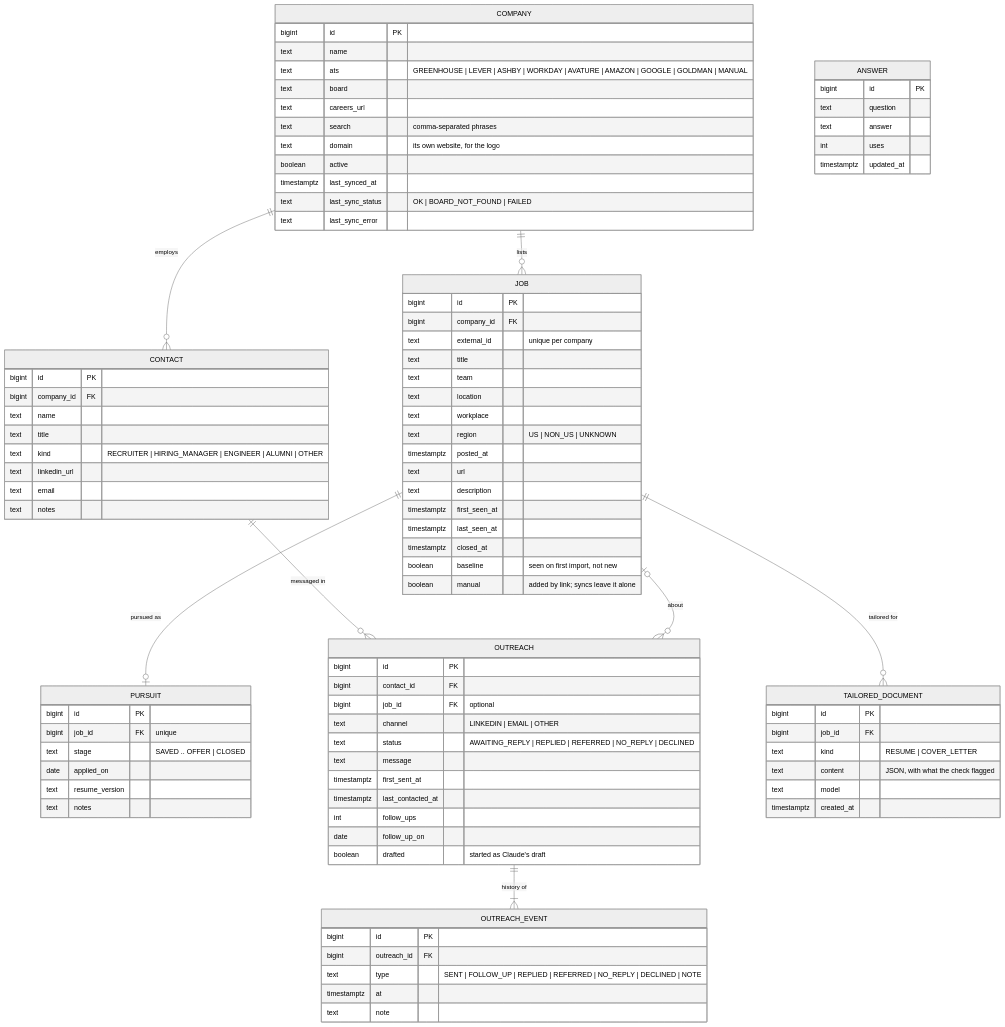
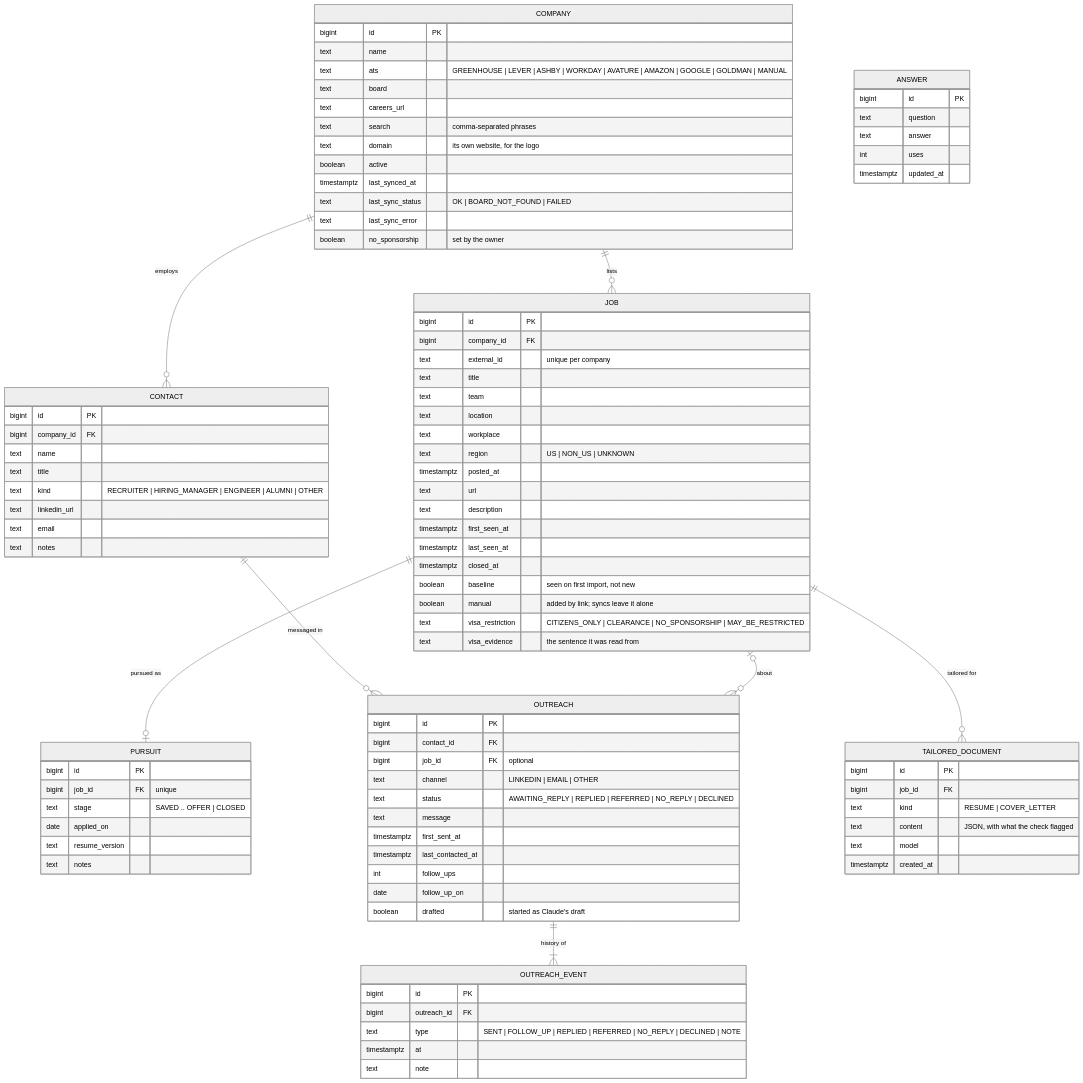
The fourth of 9 diagrams in docs/architecture.md (TechByChibuzo/job-search-assistant), drawn with Mermaid (neutral theme) before and after one commit. The commit also changed other lines of this file and 1 other file, not shown here.

Commit message:
docs: visa restriction detection and filter

```diff
--- a/docs/architecture.md
+++ b/docs/architecture.md
@@ -228,6 +232,7 @@
         timestamptz last_synced_at
         text last_sync_status "OK | BOARD_NOT_FOUND | FAILED"
         text last_sync_error
+        boolean no_sponsorship "set by the owner"
     }
     JOB {
         bigint id PK
@@ -246,6 +251,8 @@
         timestamptz closed_at
         boolean baseline "seen on first import, not new"
         boolean manual "added by link; syncs leave it alone"
+        text visa_restriction "CITIZENS_ONLY | CLEARANCE | NO_SPONSORSHIP | MAY_BE_RESTRICTED"
+        text visa_evidence "the sentence it was read from"
     }
     CONTACT {
         bigint id PK
```
